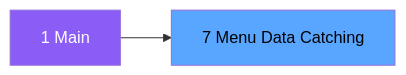
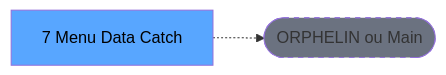
Before and after one commit to thonyAGP/lecteur-magic: the second of 3 diagrams in .openspec/specs/ADH-IDE-7.md, drawn with Mermaid. The commit also changed other lines of this file and 701 other files, not shown here.

````diff
--- a/.openspec/specs/ADH-IDE-7.md
+++ b/.openspec/specs/ADH-IDE-7.md
@@ -130,8 +129,8 @@
 ```mermaid
 graph LR
-    M[1 Main]
-    T[7 Menu Data Catching]
-    M --> T
-    style M fill:#8b5cf6,color:#fff
+    T[7 Menu Data Catch]
+    ORPHAN([ORPHELIN ou Main])
+    T -.-> ORPHAN
     style T fill:#58a6ff,color:#000
+    style ORPHAN fill:#6b7280,stroke-dasharray: 5 5
 ```
````
